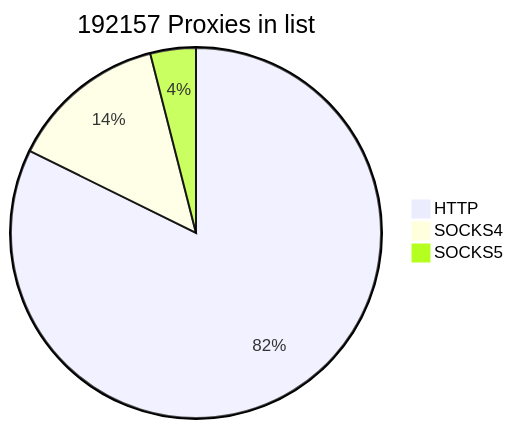
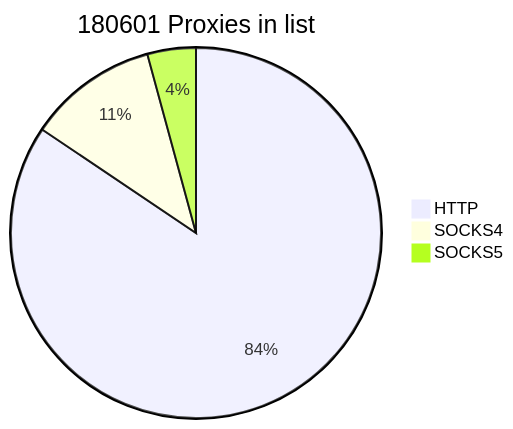
Before and after one commit to cutipu/proxylist: the first of 2 diagrams in README.md, drawn with Mermaid. The commit also changed other lines of this file, not shown here.

````diff
--- a/README.md
+++ b/README.md
@@ -2,7 +2,7 @@
 ```mermaid
-pie title 192157 Proxies in list
-    "HTTP" : 158141
-    "SOCKS4" : 26379
-    "SOCKS5" : 7637
+pie title 180601 Proxies in list
+    "HTTP" : 152468
+    "SOCKS4" : 20495
+    "SOCKS5" : 7638
             
 ```
````
